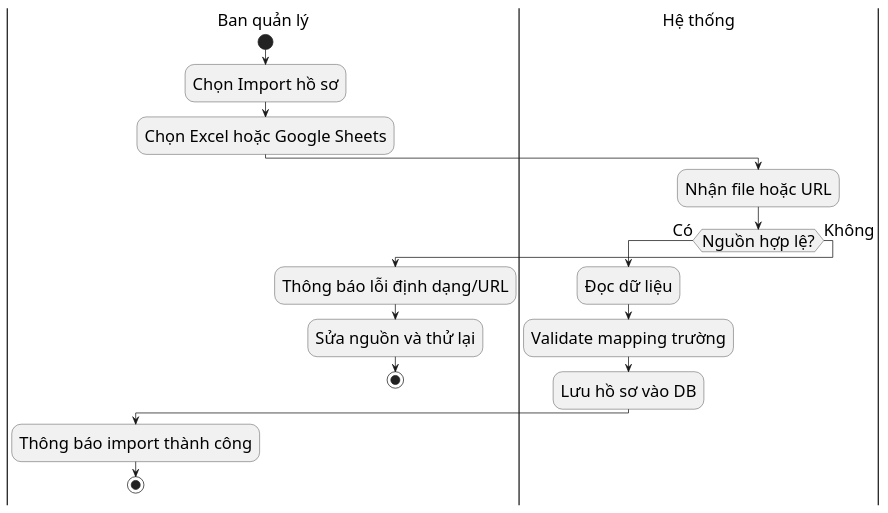
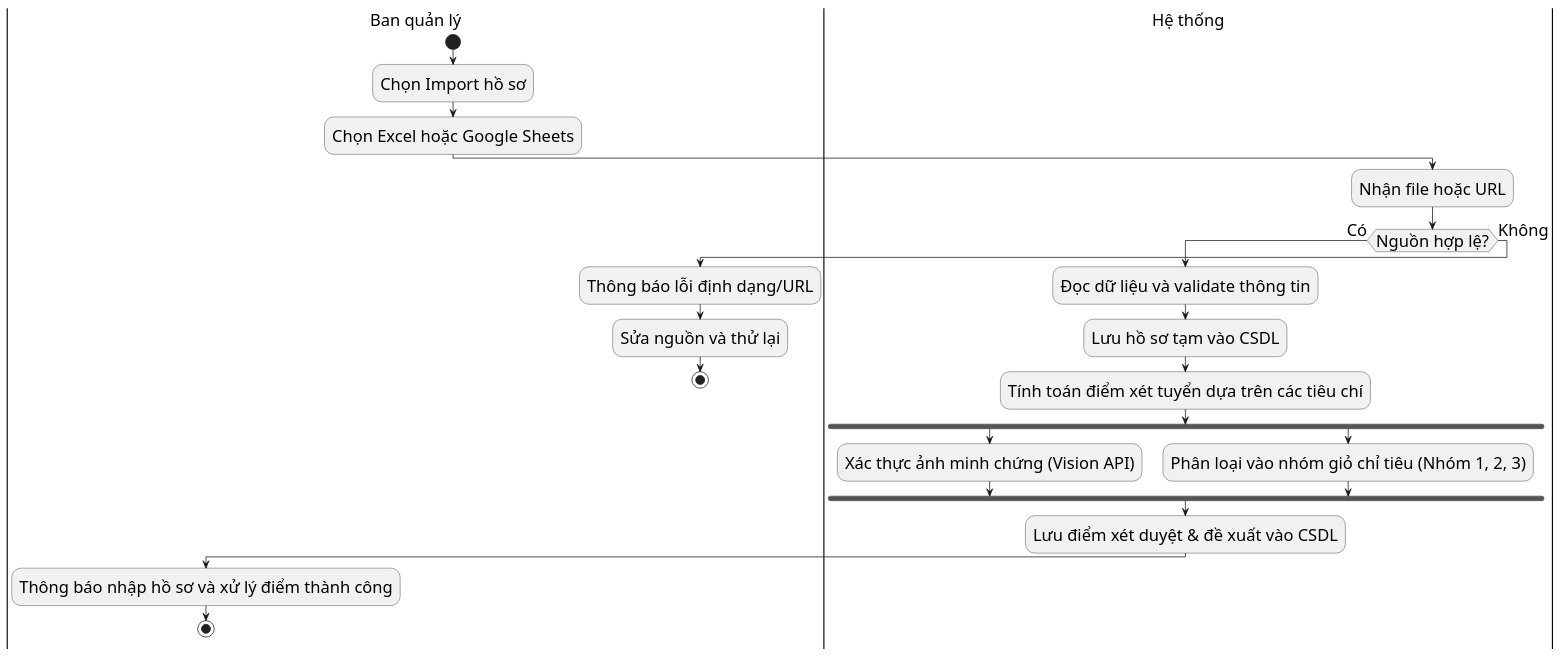
One commit to s0nbuildtech287/dormitory-frontend changed the diagram in diagrams/nhomhosodangky/registration_import_activity.puml. Above: the diagram before and after it, drawn with PlantUML. The commit also changed 7 other files, not shown here.

```diff
--- a/diagrams/nhomhosodangky/registration_import_activity.puml
+++ b/diagrams/nhomhosodangky/registration_import_activity.puml
@@ -1,23 +1,29 @@
 @startuml "Registration Import Activity"
 skinparam defaultFontSize 22
 skinparam defaultFontName "Times New Roman"
 |Ban quản lý|
 start
 :Chọn Import hồ sơ;
 :Chọn Excel hoặc Google Sheets;
 |Hệ thống|
 :Nhận file hoặc URL;
 if (Nguồn hợp lệ?) then (Có)
-  :Đọc dữ liệu;
-  :Validate mapping trường;
-  :Lưu hồ sơ vào DB;
+  :Đọc dữ liệu và validate thông tin;
+  :Lưu hồ sơ tạm vào CSDL;
+  :Tính toán điểm xét tuyển dựa trên các tiêu chí;
+  fork
+    :Xác thực ảnh minh chứng (Vision API);
+  fork again
+    :Phân loại vào nhóm giỏ chỉ tiêu (Nhóm 1, 2, 3);
+  end fork
+  :Lưu điểm xét duyệt & đề xuất vào CSDL;
   |Ban quản lý|
-  :Thông báo import thành công;
+  :Thông báo nhập hồ sơ và xử lý điểm thành công;
   stop
 else (Không)
   :Thông báo lỗi định dạng/URL;
   |Ban quản lý|
   :Sửa nguồn và thử lại;
   stop
 endif
 @enduml
```
